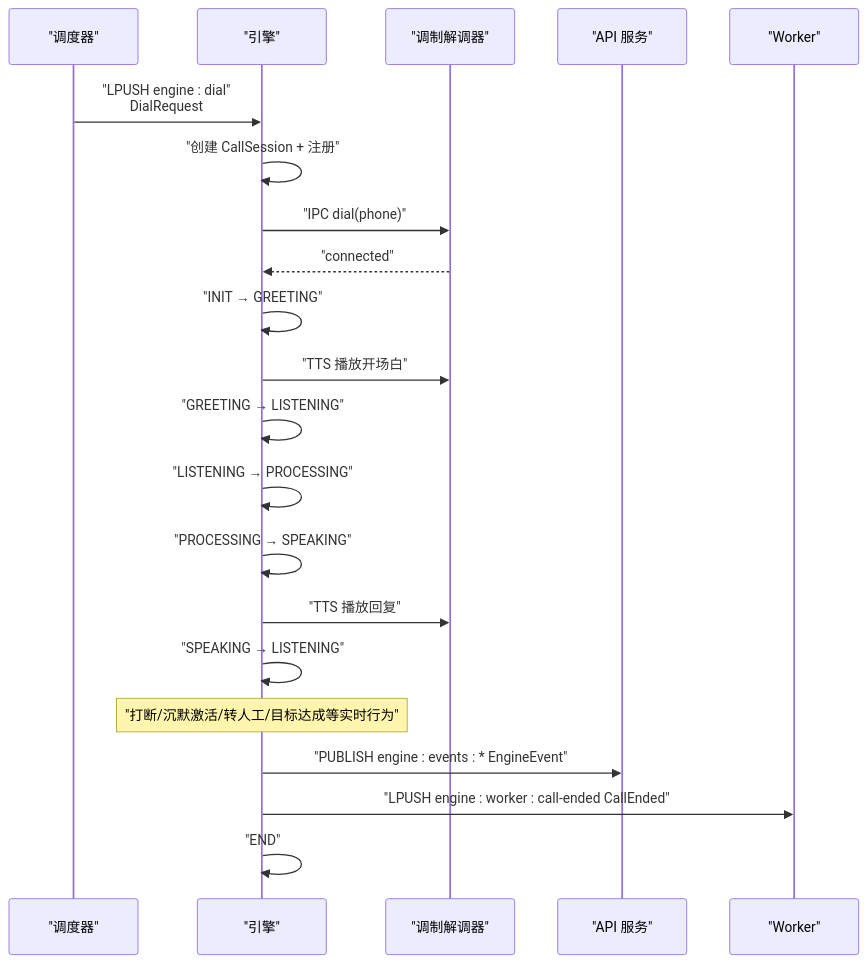
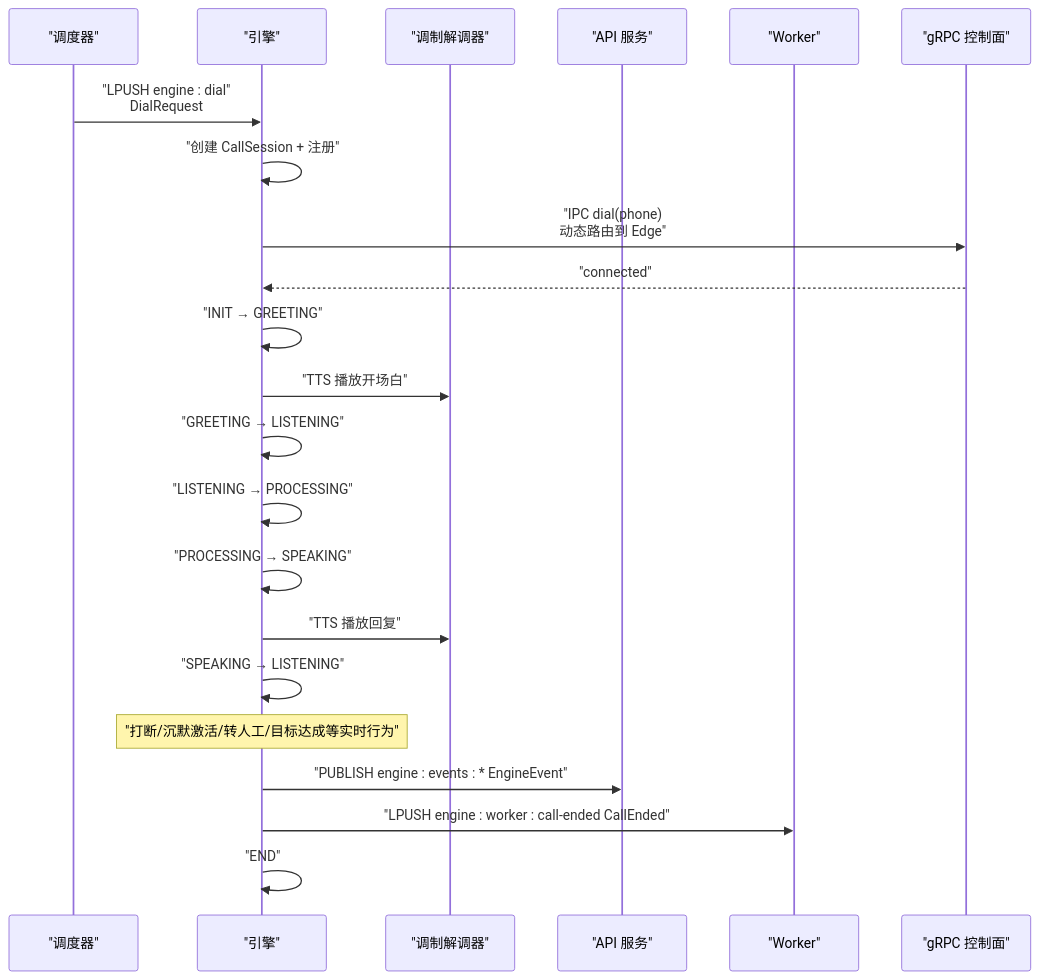
One commit to tommax-bai/isales changed the second of 11 diagrams in .qoder/repowiki/zh/content/核心服务详解/isales-engine 实时通话引擎/isales-engine 实时通话引擎.md. Above: the diagram before and after it, drawn with Mermaid. The commit also changed other lines of this file and 8 other files, not shown here.

````diff
--- a/.qoder/repowiki/zh/content/核心服务详解/isales-engine 实时通话引擎/isales-engine 实时通话引擎.md
+++ b/.qoder/repowiki/zh/content/核心服务详解/isales-engine 实时通话引擎/isales-engine 实时通话引擎.md
@@ -80,23 +100,24 @@
 ```mermaid
 sequenceDiagram
 participant Scheduler as "调度器"
 participant Engine as "引擎"
 participant Telephony as "调制解调器"
 participant API as "API 服务"
 participant Worker as "Worker"
+participant GRPC as "gRPC 控制面"
 Scheduler->>Engine : "LPUSH engine : dial"<br/>DialRequest
 Engine->>Engine : "创建 CallSession + 注册"
-Engine->>Telephony : "IPC dial(phone)"
-Telephony-->>Engine : "connected"
+Engine->>GRPC : "IPC dial(phone)<br/>动态路由到 Edge"
+GRPC-->>Engine : "connected"
 Engine->>Engine : "INIT → GREETING"
 Engine->>Telephony : "TTS 播放开场白"
 Engine->>Engine : "GREETING → LISTENING"
 Engine->>Engine : "LISTENING → PROCESSING"
 Engine->>Engine : "PROCESSING → SPEAKING"
 Engine->>Telephony : "TTS 播放回复"
 Engine->>Engine : "SPEAKING → LISTENING"
 note over Engine : "打断/沉默激活/转人工/目标达成等实时行为"
 Engine->>API : "PUBLISH engine : events : * EngineEvent"
 Engine->>Worker : "LPUSH engine : worker : call-ended CallEnded"
 Engine->>Engine : "END"
 ```
````
